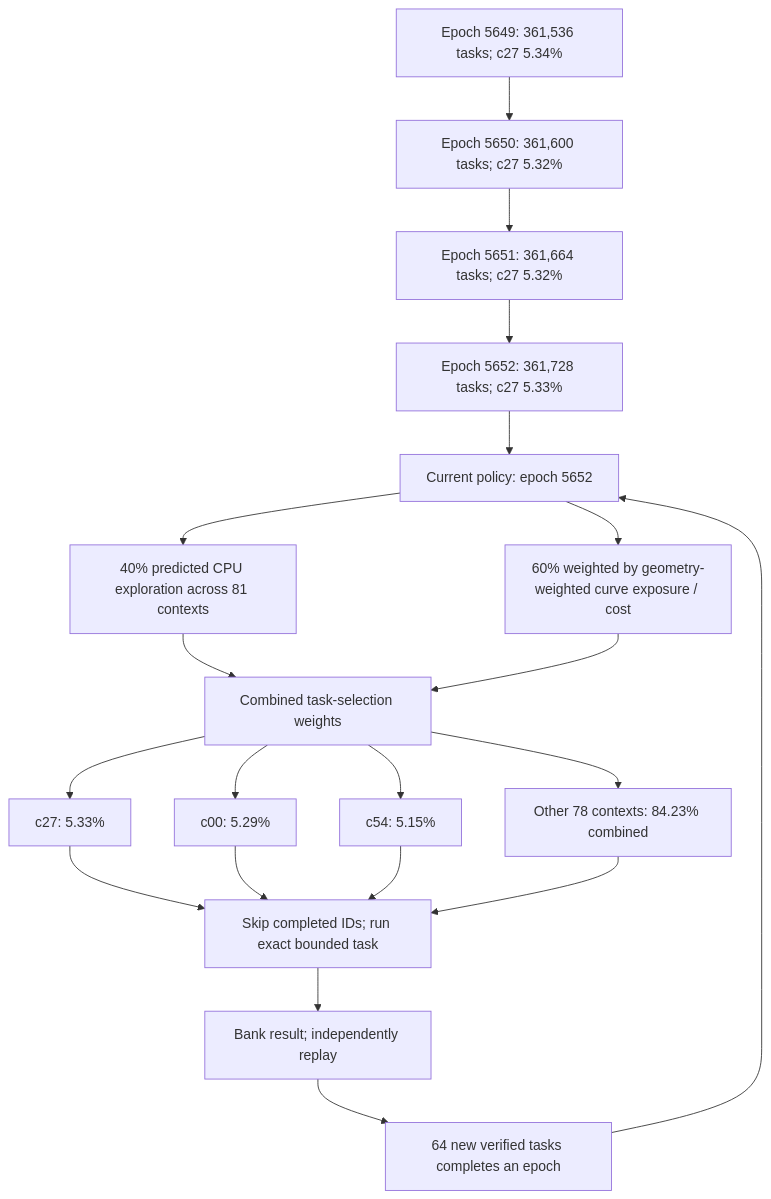
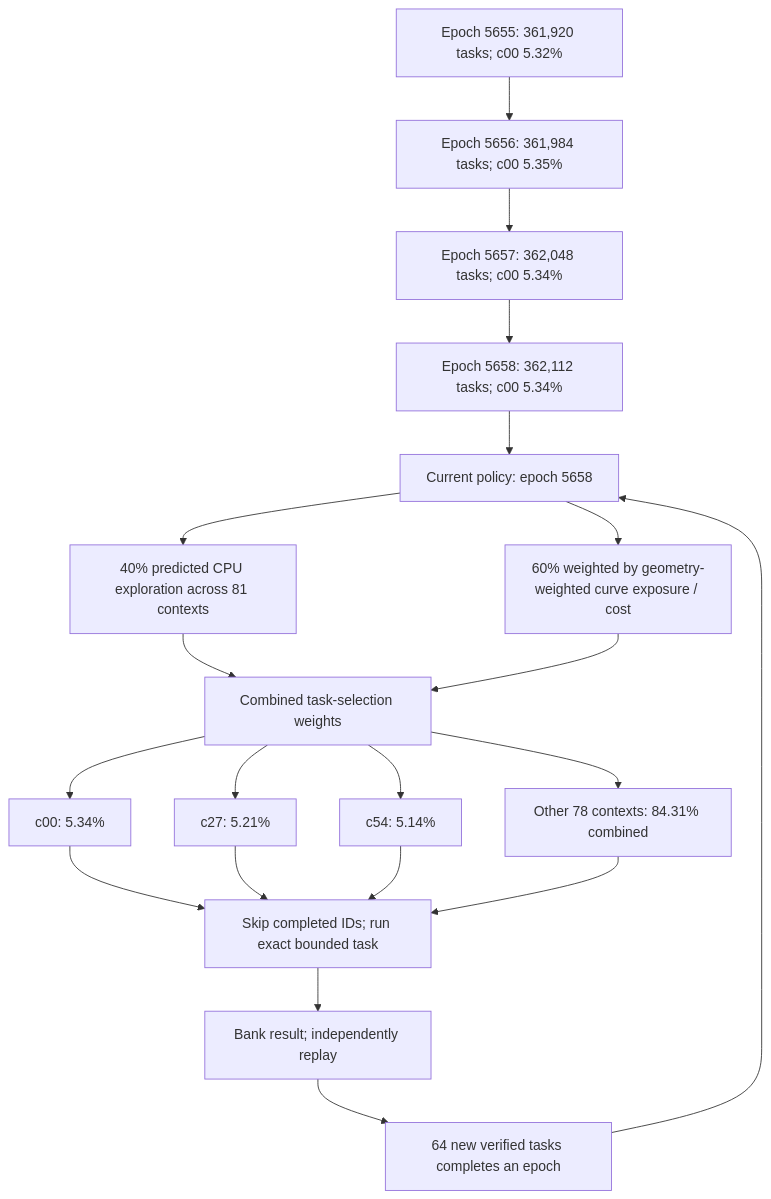
One commit to Kuberwastaken/math-gambling changed the first of 3 diagrams in README.md. Above: the diagram before and after it, drawn with Mermaid. The commit also changed other lines of this file and 1337 other files, not shown here.

````diff
--- a/README.md
+++ b/README.md
@@ -60,27 +60,27 @@
 ```mermaid
 flowchart TD
-    H0["Epoch 5649: 361,536 tasks; c27 5.34%"]
-    H1["Epoch 5650: 361,600 tasks; c27 5.32%"]
+    H0["Epoch 5655: 361,920 tasks; c00 5.32%"]
+    H1["Epoch 5656: 361,984 tasks; c00 5.35%"]
     H0 --> H1
-    H2["Epoch 5651: 361,664 tasks; c27 5.32%"]
+    H2["Epoch 5657: 362,048 tasks; c00 5.34%"]
     H1 --> H2
-    H3["Epoch 5652: 361,728 tasks; c27 5.33%"]
+    H3["Epoch 5658: 362,112 tasks; c00 5.34%"]
     H2 --> H3
-    Policy["Current policy: epoch 5652"]
+    Policy["Current policy: epoch 5658"]
     H3 --> Policy
     Policy --> Explore["40% predicted CPU exploration across 81 contexts"]
     Policy --> Cost["60% weighted by geometry-weighted curve exposure / cost"]
     Explore --> Mix["Combined task-selection weights"]
     Cost --> Mix
-    Mix --> C0["c27: 5.33%"]
-    Mix --> C1["c00: 5.29%"]
-    Mix --> C2["c54: 5.15%"]
-    Mix --> Rest["Other 78 contexts: 84.23% combined"]
+    Mix --> C0["c00: 5.34%"]
+    Mix --> C1["c27: 5.21%"]
+    Mix --> C2["c54: 5.14%"]
+    Mix --> Rest["Other 78 contexts: 84.31% combined"]
     C0 --> Check["Skip completed IDs; run exact bounded task"]
     C1 --> Check
     C2 --> Check
     Rest --> Check
     Check --> Replay["Bank result; independently replay"]
     Replay --> Gate["64 new verified tasks completes an epoch"]
     Gate --> Policy
 ```
````
